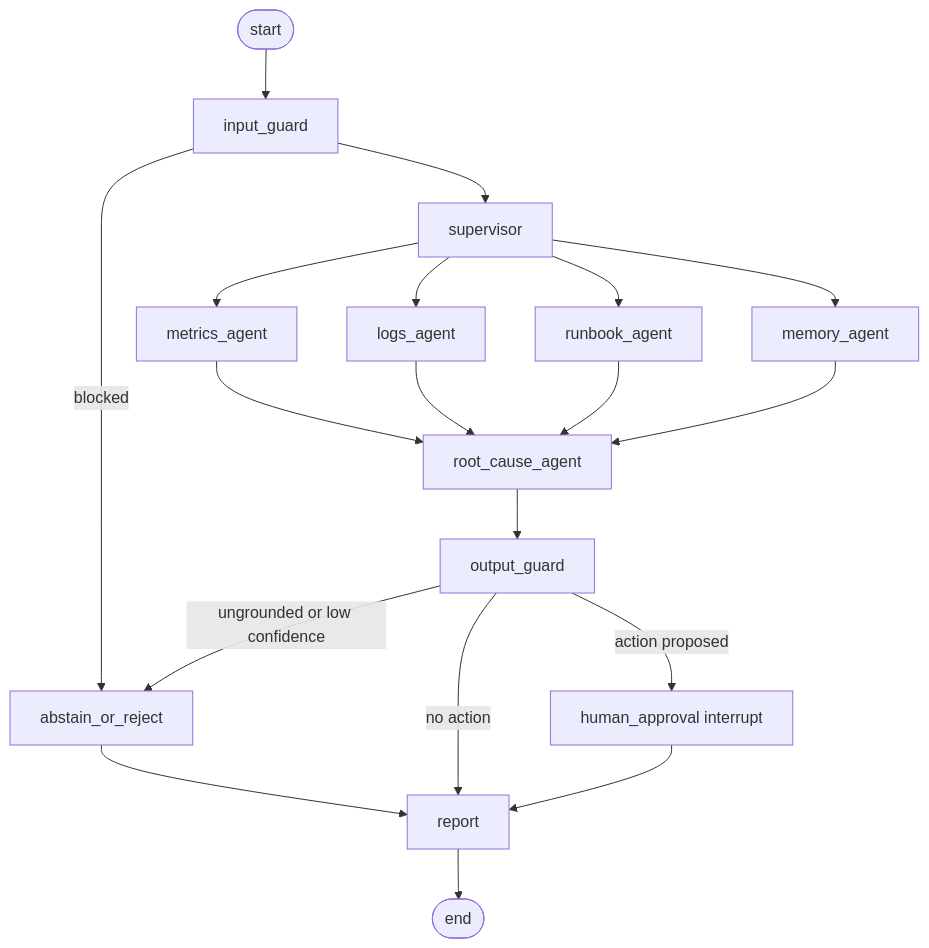
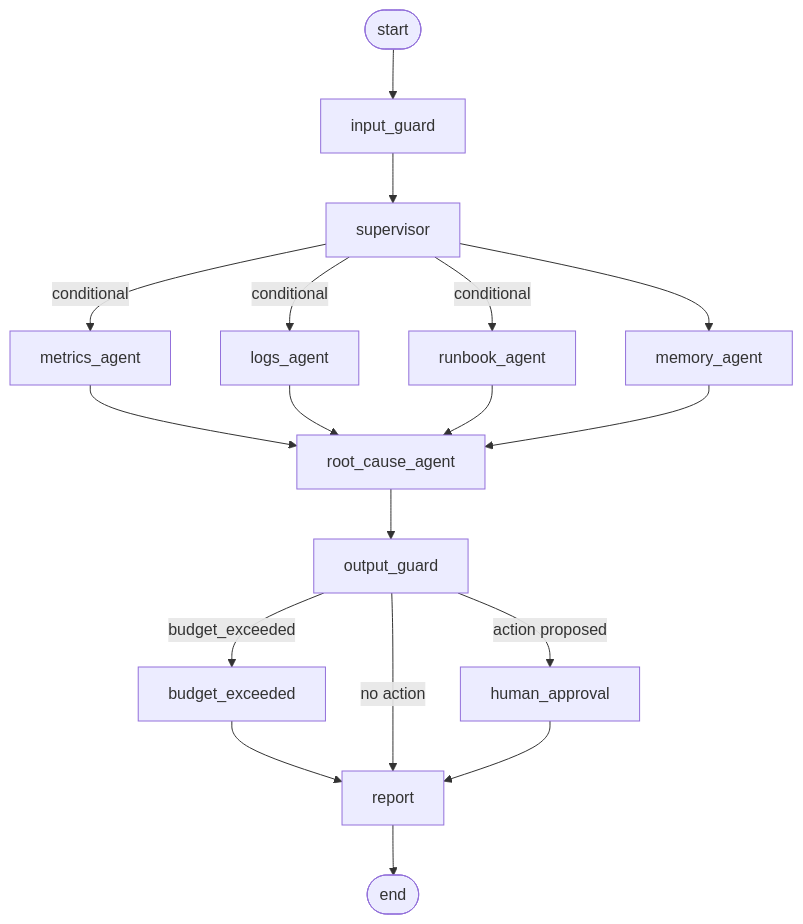
The diagram in docs/06_AGENT_AND_MCP_DESIGN.md (MayankV004/incidentiq), drawn with Mermaid before and after one commit. The commit also changed other lines of this file and 18 other files, not shown here.

````diff
--- a/docs/06_AGENT_AND_MCP_DESIGN.md
+++ b/docs/06_AGENT_AND_MCP_DESIGN.md
@@ -52,21 +55,20 @@
 ```mermaid
 flowchart TD
   S([start]) --> IG[input_guard]
-  IG -->|blocked| AB[abstain_or_reject]
   IG --> SUP[supervisor]
-  SUP --> MA[metrics_agent]
-  SUP --> LA[logs_agent]
-  SUP --> RA[runbook_agent]
+  SUP -->|conditional| MA[metrics_agent]
+  SUP -->|conditional| LA[logs_agent]
+  SUP -->|conditional| RA[runbook_agent]
   SUP --> MEM[memory_agent]
   MA --> RCA[root_cause_agent]
   LA --> RCA
   RA --> RCA
   MEM --> RCA
   RCA --> OG[output_guard]
-  OG -->|ungrounded or low confidence| AB
-  OG -->|no action| REP[report]
-  OG -->|action proposed| HA[human_approval interrupt]
+  OG -->|budget_exceeded| BE[budget_exceeded]
+  BE --> REP[report]
+  OG -->|no action| REP
+  OG -->|action proposed| HA[human_approval]
   HA --> REP
-  AB --> REP
   REP --> E([end])
 ```
````
